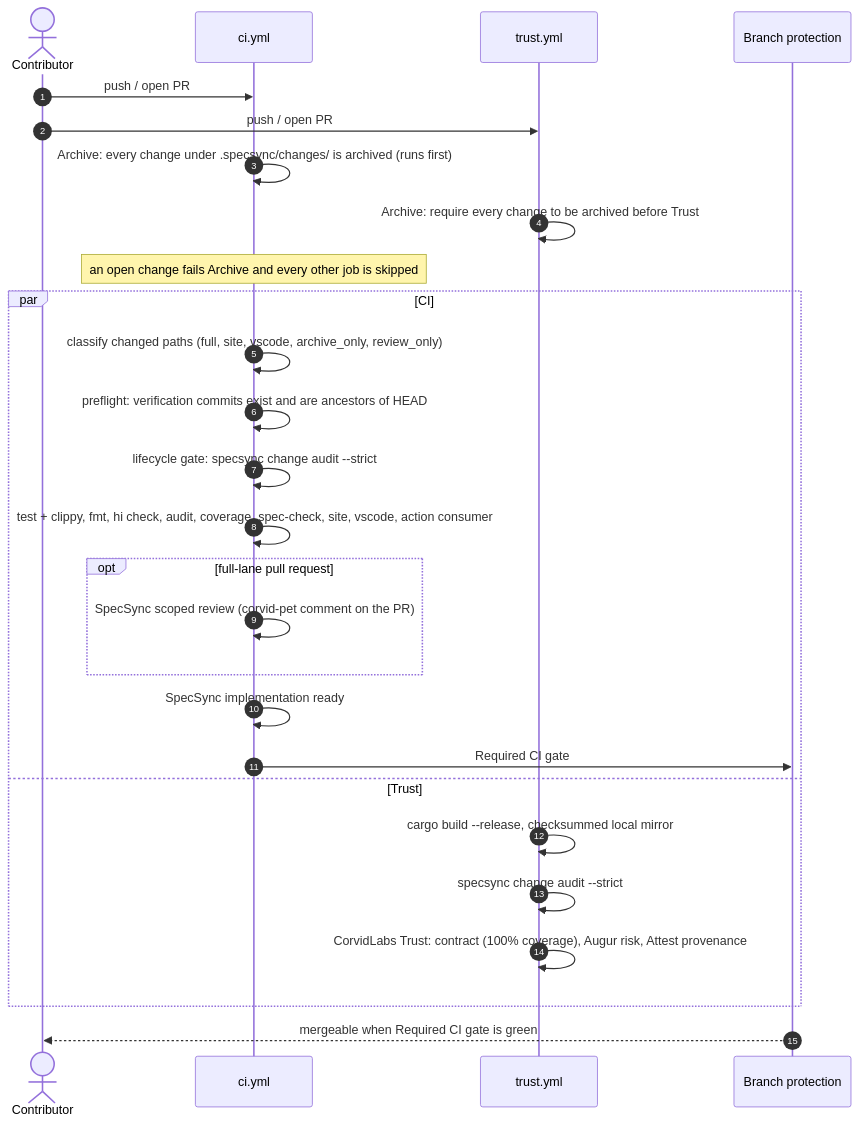
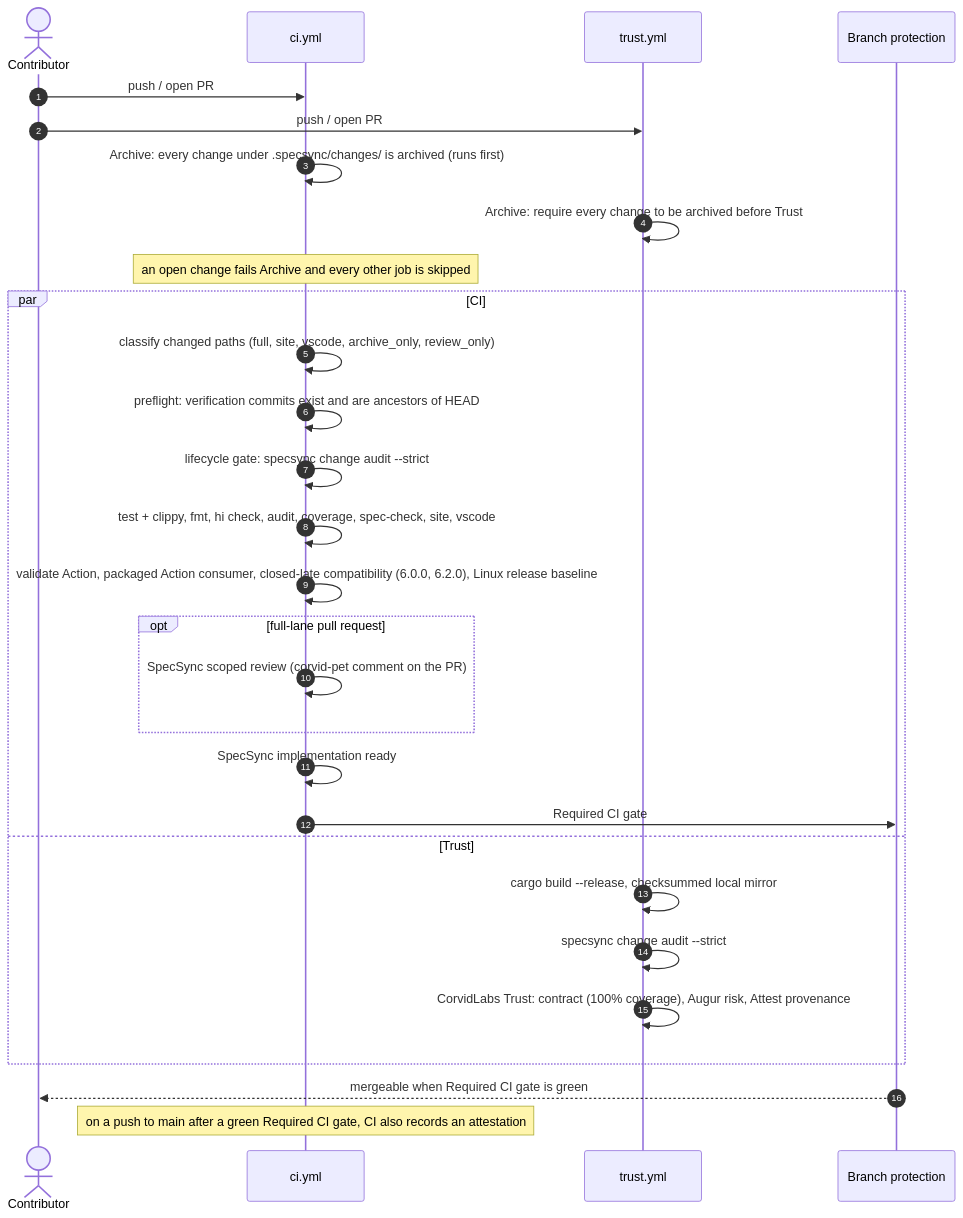
One commit to CorvidLabs/spec-sync changed the eighth of 10 diagrams in docs/HLD.md. Above: the diagram before and after it, drawn with Mermaid. The commit also changed other lines of this file and 25 other files, not shown here.

````diff
--- a/docs/HLD.md
+++ b/docs/HLD.md
@@ -511,30 +513,32 @@
 ```mermaid
 sequenceDiagram
     autonumber
     actor Dev as Contributor
     participant CI as ci.yml
     participant T as trust.yml
     participant GH as Branch protection
 
     Dev->>CI: push / open PR
     Dev->>T: push / open PR
     CI->>CI: Archive: every change under .specsync/changes/ is archived (runs first)
     T->>T: Archive: require every change to be archived before Trust
     Note over CI: an open change fails Archive and every other job is skipped
     par CI
         CI->>CI: classify changed paths (full, site, vscode, archive_only, review_only)
         CI->>CI: preflight: verification commits exist and are ancestors of HEAD
         CI->>CI: lifecycle gate: specsync change audit --strict
-        CI->>CI: test + clippy, fmt, hi check, audit, coverage, spec-check, site, vscode, action consumer
+        CI->>CI: test + clippy, fmt, hi check, audit, coverage, spec-check, site, vscode
+        CI->>CI: validate Action, packaged Action consumer, closed-late compatibility (6.0.0, 6.2.0), Linux release baseline
         opt full-lane pull request
             CI->>CI: SpecSync scoped review (corvid-pet comment on the PR)
         end
         CI->>CI: SpecSync implementation ready
         CI->>GH: Required CI gate
     and Trust
         T->>T: cargo build --release, checksummed local mirror
         T->>T: specsync change audit --strict
         T->>T: CorvidLabs Trust: contract (100% coverage), Augur risk, Attest provenance
     end
     GH-->>Dev: mergeable when Required CI gate is green
+    Note over CI: on a push to main after a green Required CI gate, CI also records an attestation
 ```
````
